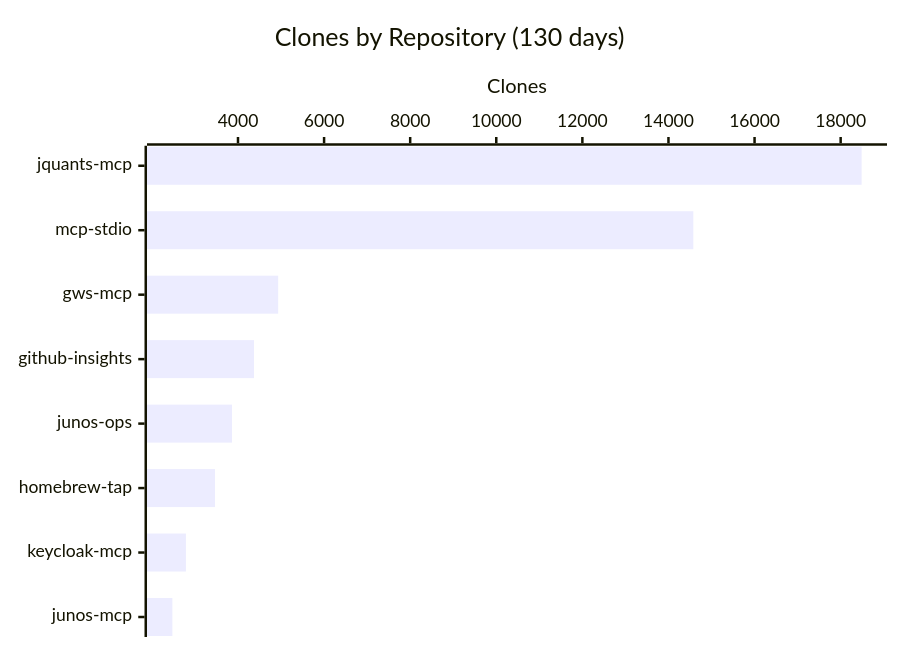
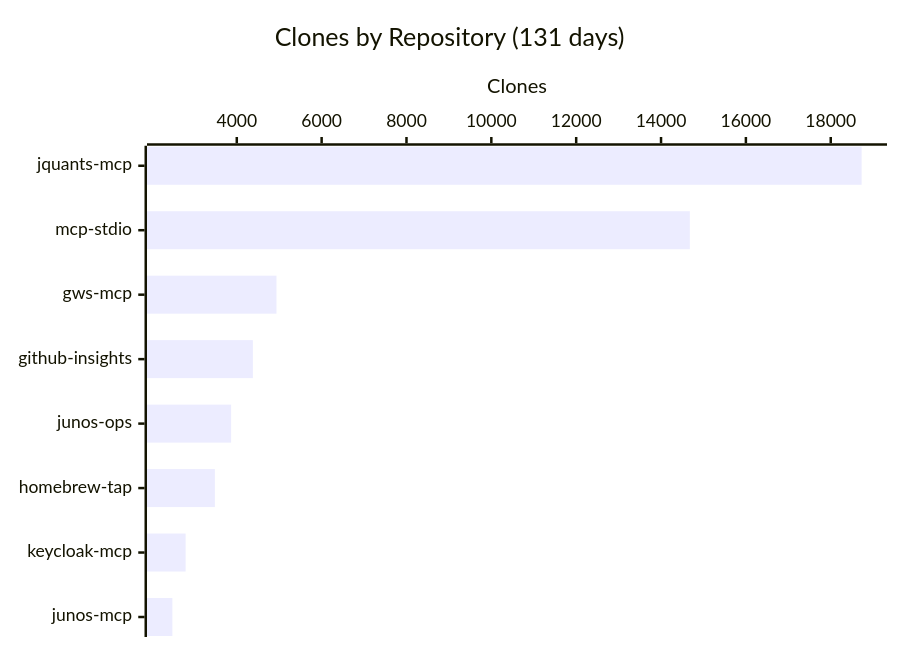
Before and after one commit to shigechika/github-insights: the fourth of 4 diagrams in README.md, drawn with Mermaid. The commit also changed other lines of this file and 2 other files, not shown here.

````diff
--- a/README.md
+++ b/README.md
@@ -58,7 +58,7 @@
 ```mermaid
 xychart-beta horizontal
-    title "Clones by Repository (130 days)"
+    title "Clones by Repository (131 days)"
     x-axis ["jquants-mcp", "mcp-stdio", "gws-mcp", "github-insights", "junos-ops", "homebrew-tap", "keycloak-mcp", "junos-mcp"]
     y-axis "Clones"
-    bar [18487, 14578, 4934, 4372, 3861, 3466, 2790, 2476]
+    bar [18728, 14679, 4936, 4379, 3867, 3484, 2794, 2482]
 ```
````
